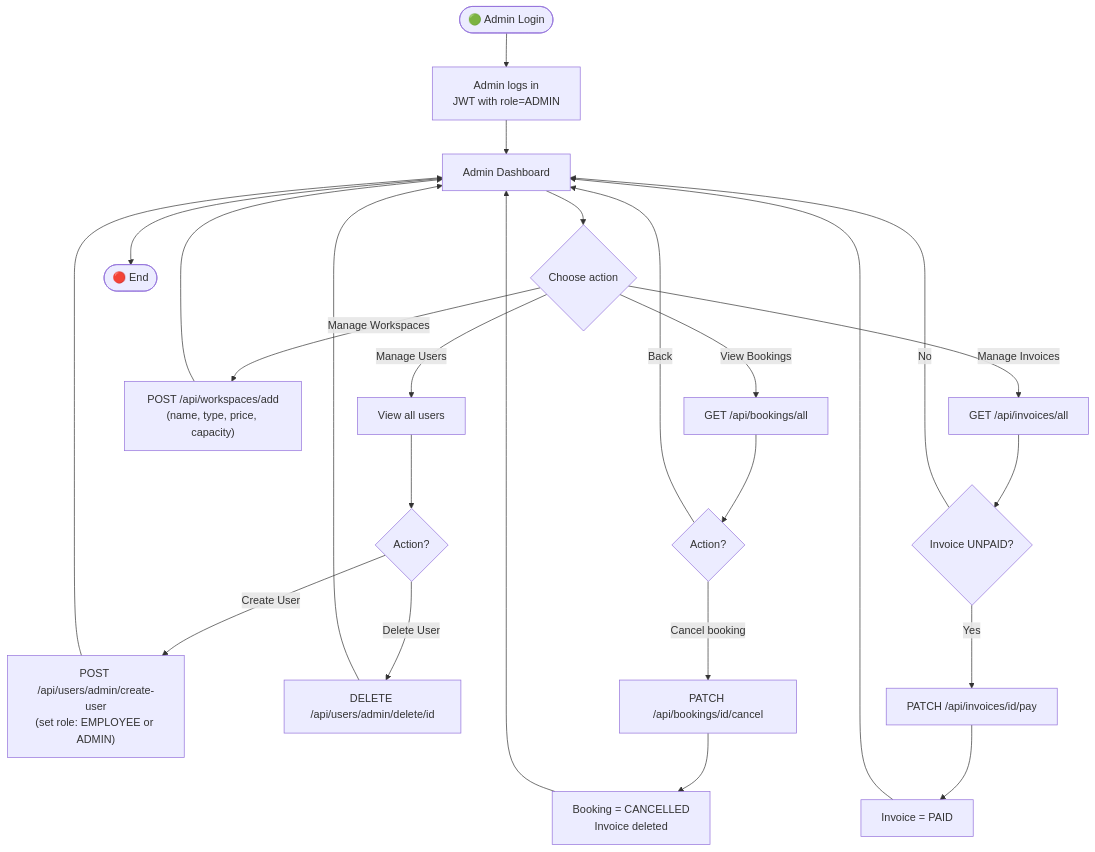
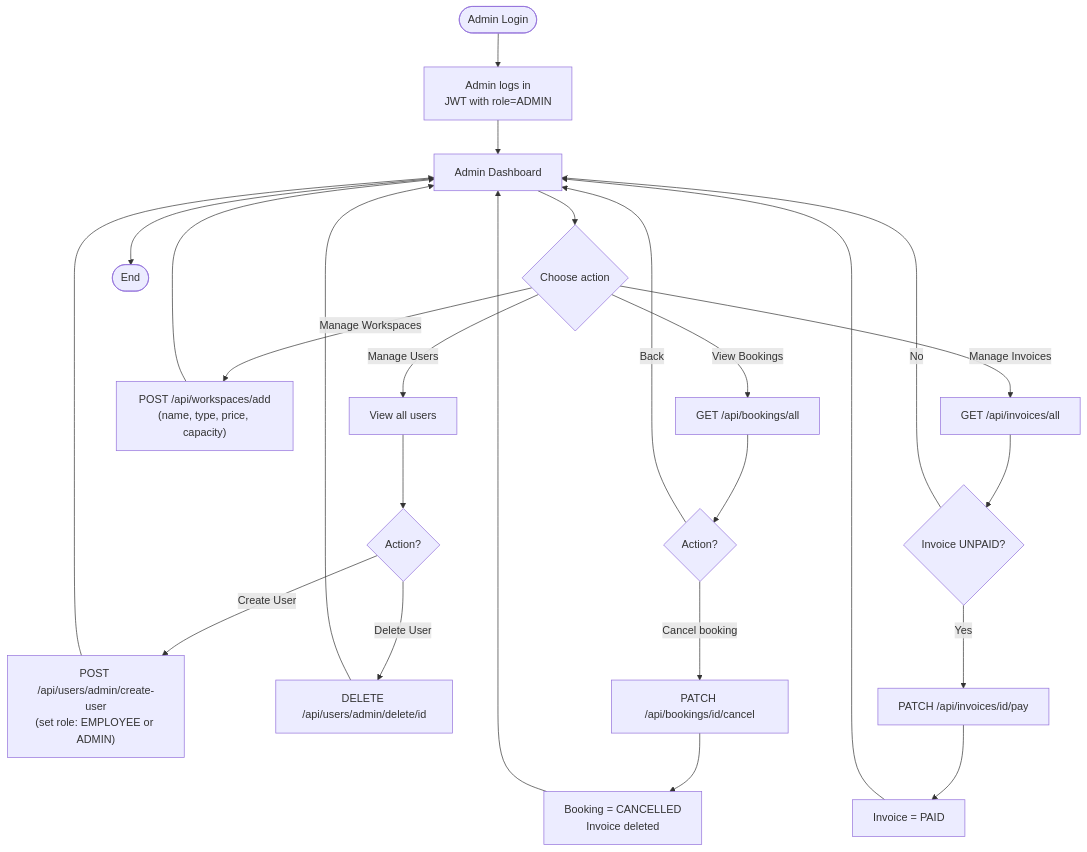
Before and after one commit to Stain04/Cowork-hub: the ninth of 9 diagrams in SRS.md, drawn with Mermaid. The commit also changed other lines of this file and 86 other files, not shown here.

````diff
--- a/SRS.md
+++ b/SRS.md
@@ -771,32 +759,32 @@
 ```mermaid
 flowchart TD
-    START2(["🟢 Admin Login"]) --> A2["Admin logs in\nJWT with role=ADMIN"]
+    START2(["Admin Login"]) --> A2["Admin logs in\nJWT with role=ADMIN"]
     A2 --> B2["Admin Dashboard"]
     B2 --> C2{"Choose action"}
 
     C2 -- "Manage Users" --> D2["View all users"]
     D2 --> E2{"Action?"}
     E2 -- "Create User" --> F2["POST /api/users/admin/create-user\n(set role: EMPLOYEE or ADMIN)"]
     F2 --> B2
     E2 -- "Delete User" --> G2["DELETE /api/users/admin/delete/id"]
     G2 --> B2
 
     C2 -- "Manage Workspaces" --> H2["POST /api/workspaces/add\n(name, type, price, capacity)"]
     H2 --> B2
 
     C2 -- "View Bookings" --> I2["GET /api/bookings/all"]
     I2 --> J2{"Action?"}
     J2 -- "Cancel booking" --> K2["PATCH /api/bookings/id/cancel"]
     K2 --> L2["Booking = CANCELLED\nInvoice deleted"]
     L2 --> B2
     J2 -- "Back" --> B2
 
     C2 -- "Manage Invoices" --> M2["GET /api/invoices/all"]
     M2 --> N2{"Invoice UNPAID?"}
     N2 -- Yes --> O2["PATCH /api/invoices/id/pay"]
     O2 --> P2["Invoice = PAID"]
     P2 --> B2
     N2 -- No --> B2
 
-    B2 --> END2(["🔴 End"])
+    B2 --> END2(["End"])
 ```
````
